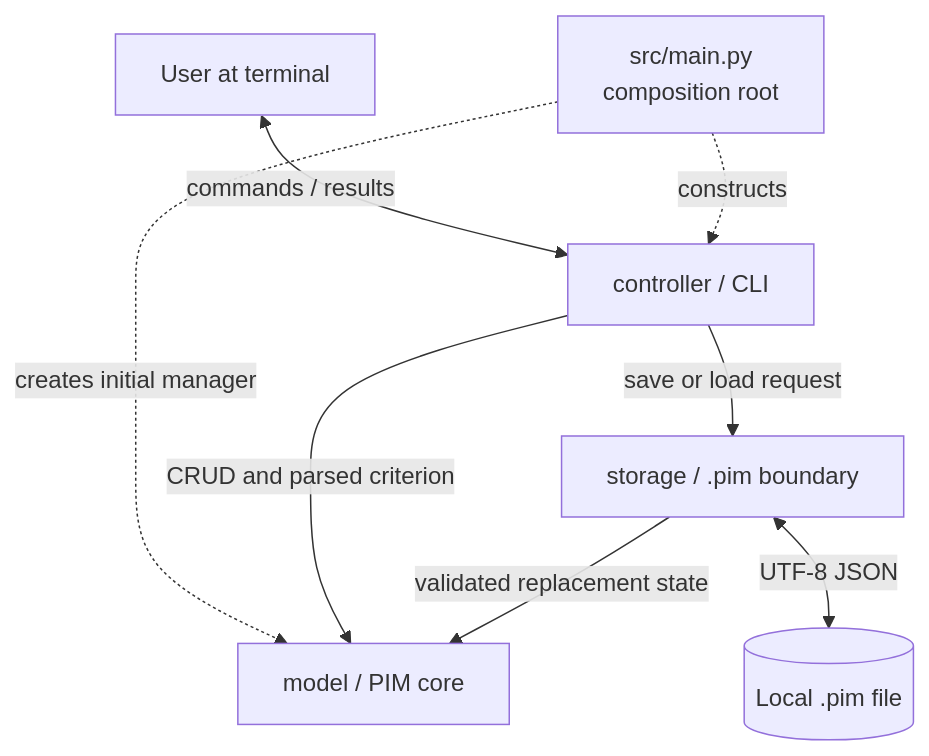
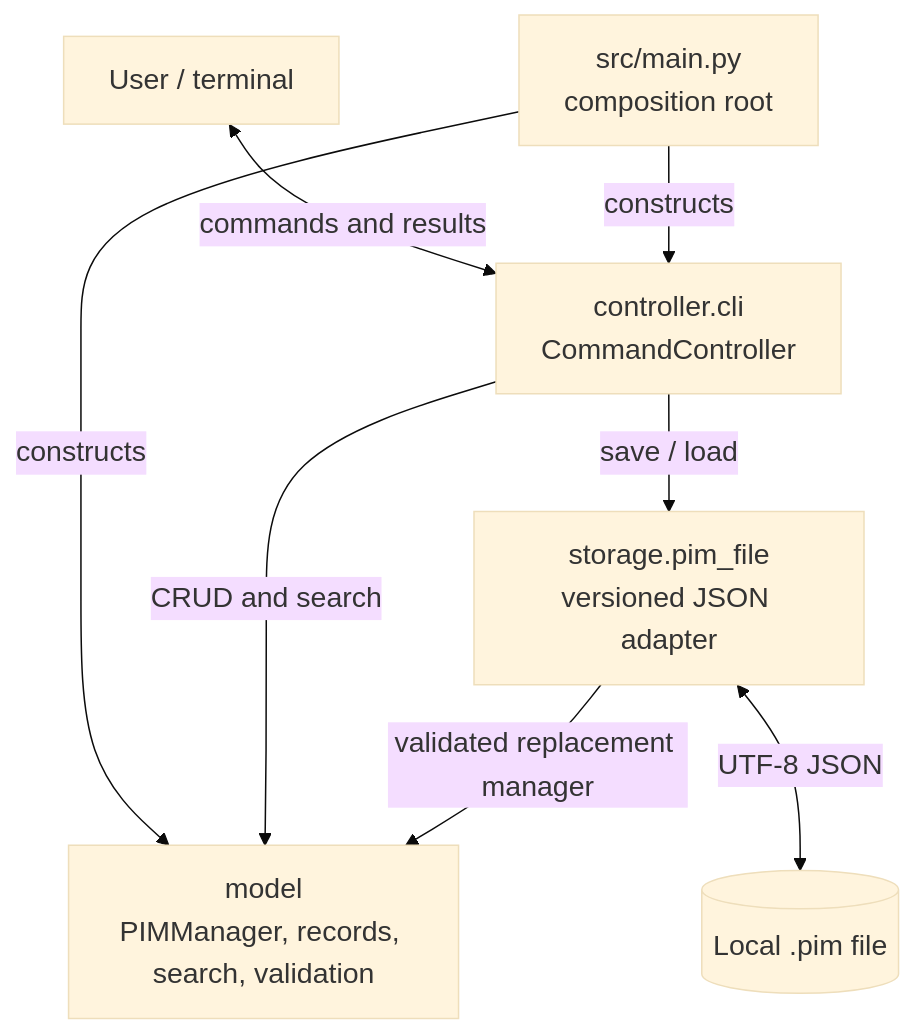
Before and after one commit to hzihao872-arch/COMP3211-PIM: the diagram in docs/design/diagrams/architecture.mmd, drawn with Mermaid. The commit also changed 23 other files, not shown here.

```diff
--- a/docs/design/diagrams/architecture.mmd
+++ b/docs/design/diagrams/architecture.mmd
@@ -1,8 +1,9 @@
+%%{init: {"theme": "base", "themeVariables": {"fontSize": "19px"}}}%%
 flowchart TB
-    U[User at terminal] <-->|commands / results| C[controller / CLI]
-    M[src/main.py<br/>composition root] -.->|constructs| C
-    M -.->|creates initial manager| K[model / PIM core]
-    C -->|CRUD and parsed criterion| K
-    C -->|save or load request| S[storage / .pim boundary]
-    S -->|validated replacement state| K
-    S <-->|UTF-8 JSON| F[(Local .pim file)]
+    USER["User / terminal"] <-->|commands and results| CLI["controller.cli<br/>CommandController"]
+    MAIN["src/main.py<br/>composition root"] -->|constructs| CLI
+    MAIN -->|constructs| MODEL["model<br/>PIMManager, records, search, validation"]
+    CLI -->|CRUD and search| MODEL
+    CLI -->|save / load| STORE["storage.pim_file<br/>versioned JSON adapter"]
+    STORE -->|validated replacement manager| MODEL
+    STORE <-->|UTF-8 JSON| FILE[("Local .pim file")]
```
